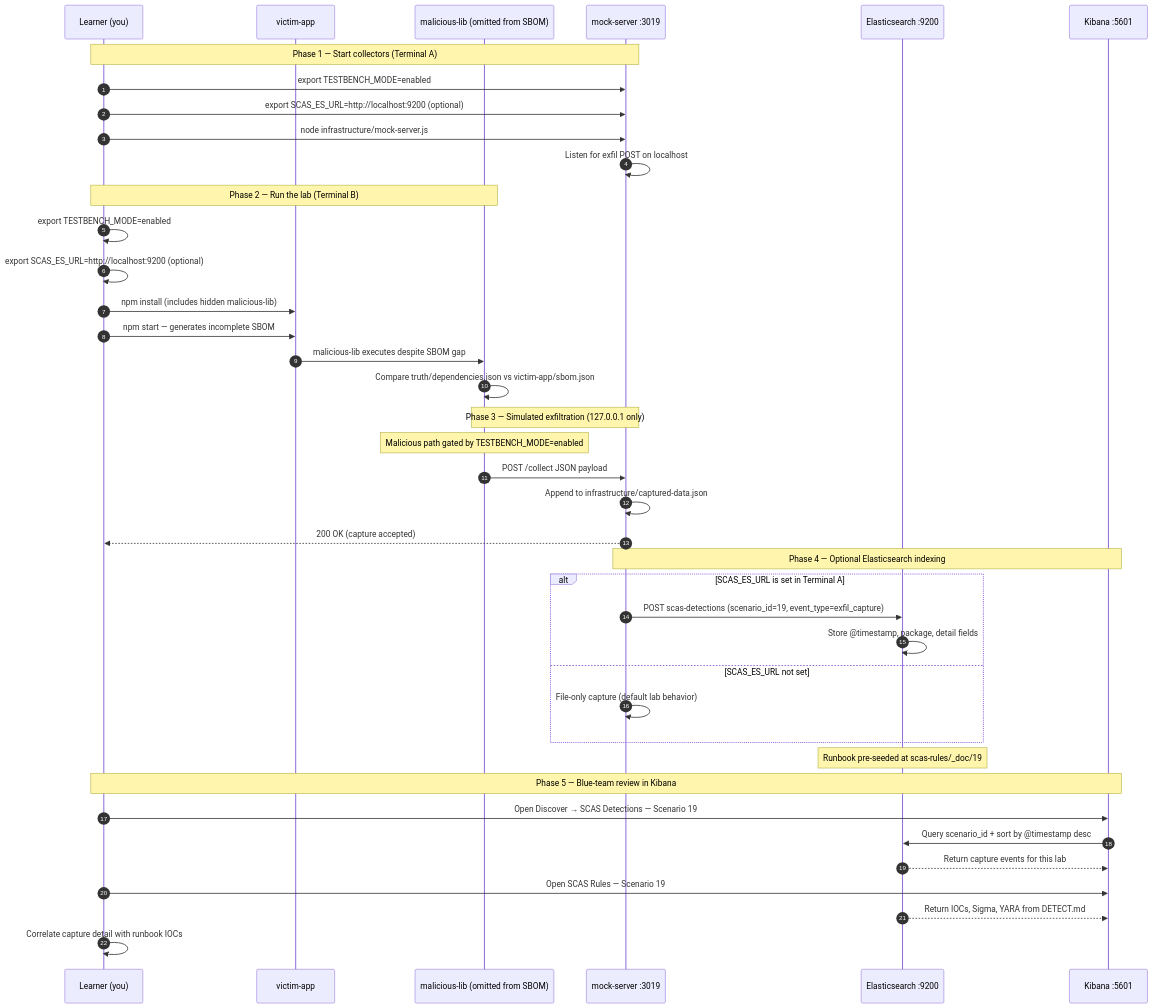
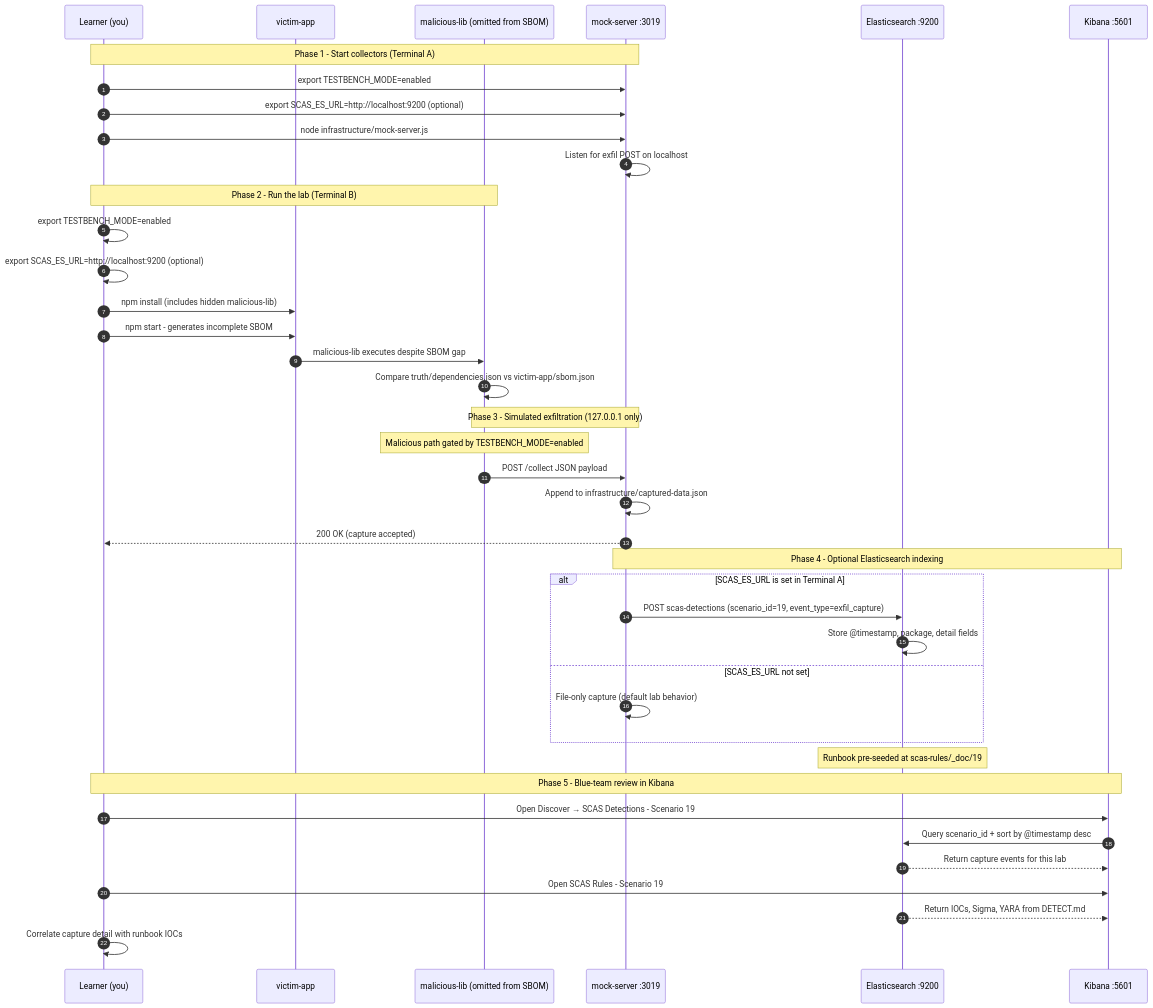
The diagram in documentation/scenario-guides/zero-to-hero/ZERO_TO_HERO_SCENARIO_19.md (RAJANAGORI/testbench), drawn with Mermaid before and after one commit. The commit also changed other lines of this file and 66 other files, not shown here.

````diff
--- a/documentation/scenario-guides/zero-to-hero/ZERO_TO_HERO_SCENARIO_19.md
+++ b/documentation/scenario-guides/zero-to-hero/ZERO_TO_HERO_SCENARIO_19.md
@@ -605,47 +605,47 @@
 ```mermaid
 sequenceDiagram
     autonumber
     participant Learner as Learner (you)
     participant Victim as victim-app
     participant MalPkg as malicious-lib (omitted from SBOM)
     participant Mock as mock-server :3019
     participant ES as Elasticsearch :9200
     participant Kibana as Kibana :5601
 
-    Note over Learner,Mock: Phase 1 — Start collectors (Terminal A)
+    Note over Learner,Mock: Phase 1 - Start collectors (Terminal A)
     Learner->>Mock: export TESTBENCH_MODE=enabled
     Learner->>Mock: export SCAS_ES_URL=http://localhost:9200 (optional)
     Learner->>Mock: node infrastructure/mock-server.js
     Mock->>Mock: Listen for exfil POST on localhost
 
-    Note over Learner,MalPkg: Phase 2 — Run the lab (Terminal B)
+    Note over Learner,MalPkg: Phase 2 - Run the lab (Terminal B)
     Learner->>Learner: export TESTBENCH_MODE=enabled
     Learner->>Learner: export SCAS_ES_URL=http://localhost:9200 (optional)
     Learner->>Victim: npm install (includes hidden malicious-lib)
-    Learner->>Victim: npm start — generates incomplete SBOM
+    Learner->>Victim: npm start - generates incomplete SBOM
     Victim->>MalPkg: malicious-lib executes despite SBOM gap
     MalPkg->>MalPkg: Compare truth/dependencies.json vs victim-app/sbom.json
 
-    Note over MalPkg,Mock: Phase 3 — Simulated exfiltration (127.0.0.1 only)
+    Note over MalPkg,Mock: Phase 3 - Simulated exfiltration (127.0.0.1 only)
     Note over MalPkg: Malicious path gated by TESTBENCH_MODE=enabled
     MalPkg->>Mock: POST /collect JSON payload
     Mock->>Mock: Append to infrastructure/captured-data.json
     Mock-->>Learner: 200 OK (capture accepted)
 
-    Note over Mock,Kibana: Phase 4 — Optional Elasticsearch indexing
+    Note over Mock,Kibana: Phase 4 - Optional Elasticsearch indexing
     alt SCAS_ES_URL is set in Terminal A
     Mock->>ES: POST scas-detections (scenario_id=19, event_type=exfil_capture)
     ES->>ES: Store @timestamp, package, detail fields
     else SCAS_ES_URL not set
     Mock->>Mock: File-only capture (default lab behavior)
     end
 
     Note over ES: Runbook pre-seeded at scas-rules/_doc/19
-    Note over Learner,Kibana: Phase 5 — Blue-team review in Kibana
-    Learner->>Kibana: Open Discover → SCAS Detections — Scenario 19
+    Note over Learner,Kibana: Phase 5 - Blue-team review in Kibana
+    Learner->>Kibana: Open Discover → SCAS Detections - Scenario 19
     Kibana->>ES: Query scenario_id + sort by @timestamp desc
     ES-->>Kibana: Return capture events for this lab
-    Learner->>Kibana: Open SCAS Rules — Scenario 19
+    Learner->>Kibana: Open SCAS Rules - Scenario 19
     ES-->>Kibana: Return IOCs, Sigma, YARA from DETECT.md
     Learner->>Learner: Correlate capture detail with runbook IOCs
 ```
````
